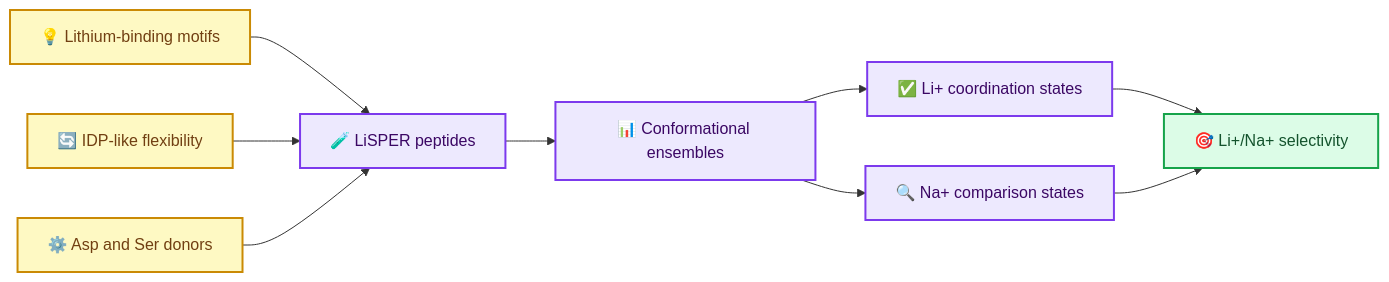
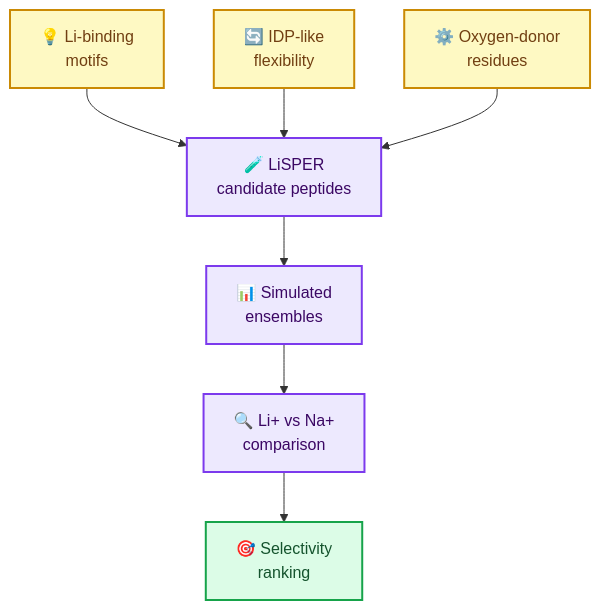
One commit to jackyissocute/LiSPER changed the first of 5 diagrams in README.md. Above: the diagram before and after it, drawn with Mermaid. The commit also changed other lines of this file and 64 other files, not shown here.

````diff
--- a/README.md
+++ b/README.md
@@ -40,22 +47,28 @@
 ```mermaid
-flowchart LR
+flowchart TD
     accTitle: LiSPER Scientific Thesis
-    accDescr: The diagram shows how motif inspiration, IDP-like flexibility, and oxygen-donor residues combine into LiSPER peptides that are evaluated for Li over Na selectivity.
+    accDescr: LiSPER combines motif precedent, peptide flexibility, and oxygen-donor chemistry to generate candidates that are tested for Li over Na selectivity.
 
-    lithium_motifs[💡 Lithium-binding motifs] --> candidates[🧪 LiSPER peptides]
-    idp_principles[🔄 IDP-like flexibility] --> candidates
-    oxygen_donors[⚙️ Asp and Ser donors] --> candidates
-    candidates --> ensembles[📊 Conformational ensembles]
-    ensembles --> li_states[✅ Li+ coordination states]
-    ensembles --> na_states[🔍 Na+ comparison states]
-    li_states --> selectivity[🎯 Li+/Na+ selectivity]
-    na_states --> selectivity
+    motifs["💡 Li-binding<br/>motifs"]
+    flexibility["🔄 IDP-like<br/>flexibility"]
+    donors["⚙️ Oxygen-donor<br/>residues"]
+    candidates["🧪 LiSPER<br/>candidate peptides"]
+    ensembles["📊 Simulated<br/>ensembles"]
+    comparison["🔍 Li+ vs Na+<br/>comparison"]
+    selectivity["🎯 Selectivity<br/>ranking"]
+
+    motifs --> candidates
+    flexibility --> candidates
+    donors --> candidates
+    candidates --> ensembles
+    ensembles --> comparison
+    comparison --> selectivity
 
     classDef idea fill:#fef9c3,stroke:#ca8a04,stroke-width:2px,color:#713f12
     classDef peptide fill:#ede9fe,stroke:#7c3aed,stroke-width:2px,color:#3b0764
     classDef result fill:#dcfce7,stroke:#16a34a,stroke-width:2px,color:#14532d
 
-    class lithium_motifs,idp_principles,oxygen_donors idea
-    class candidates,ensembles,li_states,na_states peptide
+    class motifs,flexibility,donors idea
+    class candidates,ensembles,comparison peptide
     class selectivity result
 ```
````
